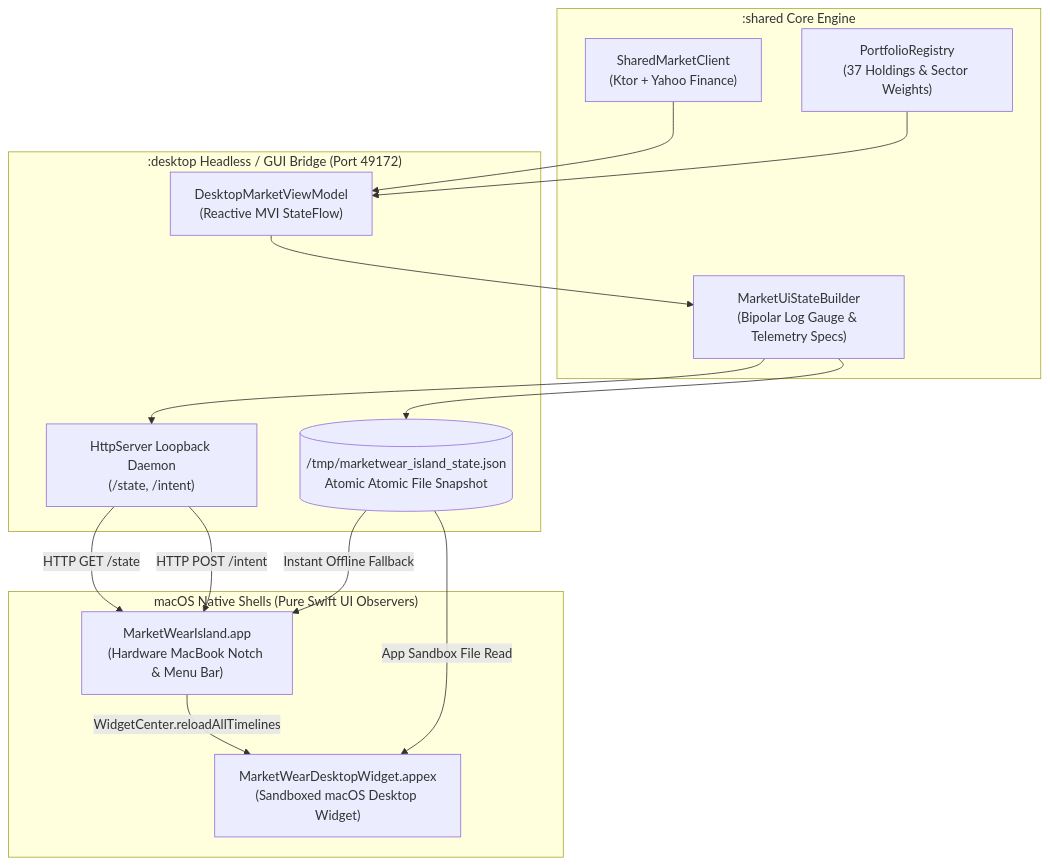
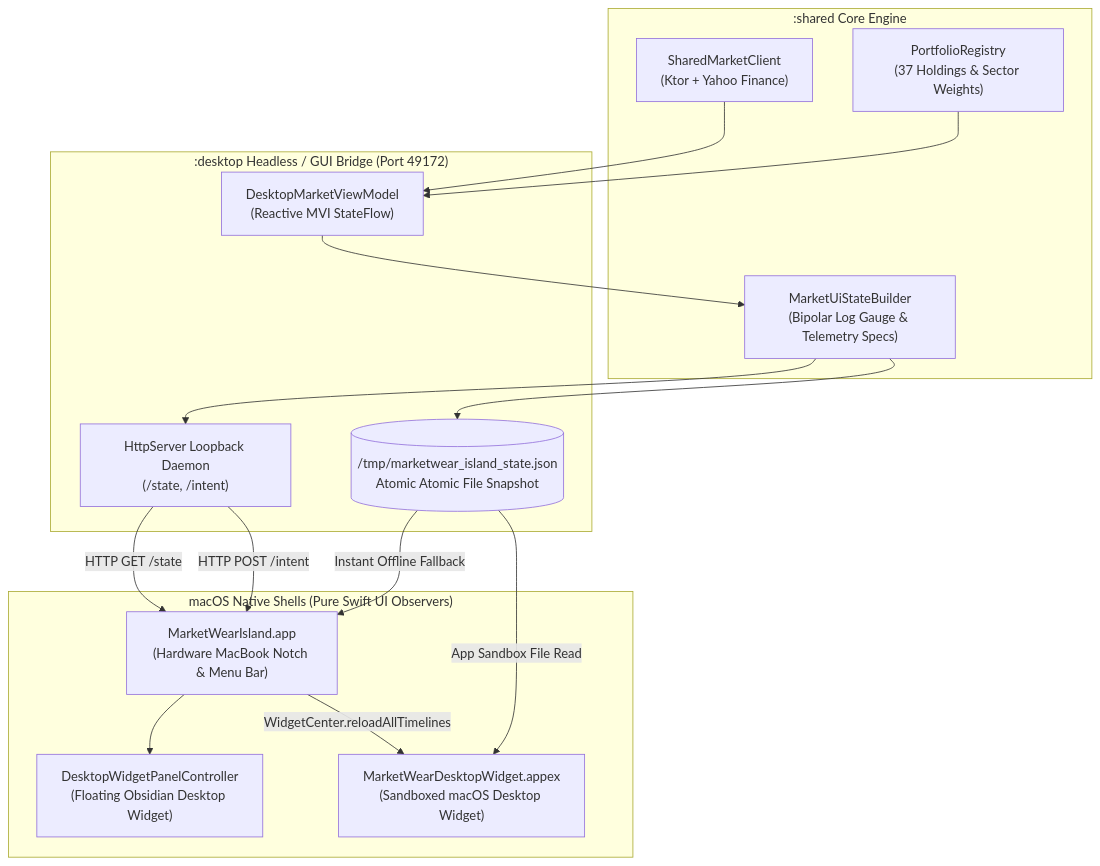
The second of 2 diagrams in android-wear-app/docs/superpowers/specs/2026-11-23-single-source-of-truth-architecture.md (mohitb117/MarketWearWatch), drawn with Mermaid before and after one commit. The commit also changed other lines of this file and 1 other file, not shown here.

Commit message:
docs(rfc): document market-open cache crossing, watch network fallback, and macos floating desktop widget

````diff
--- a/android-wear-app/docs/superpowers/specs/2026-11-23-single-source-of-truth-architecture.md
+++ b/android-wear-app/docs/superpowers/specs/2026-11-23-single-source-of-truth-architecture.md
@@ -143,31 +164,33 @@
 ```mermaid
 flowchart TD
     subgraph KMPCore [":shared Core Engine"]
         SharedClient["SharedMarketClient\n(Ktor + Yahoo Finance)"]
         PortfolioReg["PortfolioRegistry\n(37 Holdings & Sector Weights)"]
         StateBuilder["MarketUiStateBuilder\n(Bipolar Log Gauge & Telemetry Specs)"]
     end
 
     subgraph DesktopDaemon [":desktop Headless / GUI Bridge (Port 49172)"]
         DesktopVM["DesktopMarketViewModel\n(Reactive MVI StateFlow)"]
         BridgeServer["HttpServer Loopback Daemon\n(/state, /intent)"]
         DiskSnapshot[("/tmp/marketwear_island_state.json\nAtomic Atomic File Snapshot")]
 
         SharedClient --> DesktopVM
         PortfolioReg --> DesktopVM
         DesktopVM --> StateBuilder
         StateBuilder --> BridgeServer
         StateBuilder --> DiskSnapshot
     end
 
     subgraph macOSNative ["macOS Native Shells (Pure Swift UI Observers)"]
         IslandApp["MarketWearIsland.app\n(Hardware MacBook Notch & Menu Bar)"]
+        FloatingDesk["DesktopWidgetPanelController\n(Floating Obsidian Desktop Widget)"]
         WidgetKitExt["MarketWearDesktopWidget.appex\n(Sandboxed macOS Desktop Widget)"]
 
         BridgeServer -->|HTTP GET /state| IslandApp
         BridgeServer -->|HTTP POST /intent| IslandApp
+        IslandApp --> FloatingDesk
         DiskSnapshot -->|Instant Offline Fallback| IslandApp
         DiskSnapshot -->|App Sandbox File Read| WidgetKitExt
         IslandApp -->|WidgetCenter.reloadAllTimelines| WidgetKitExt
     end
 ```
````
